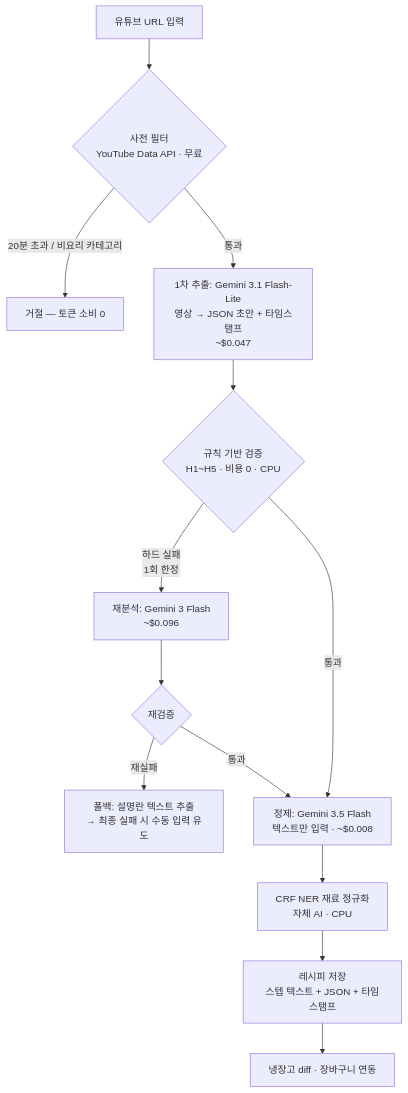
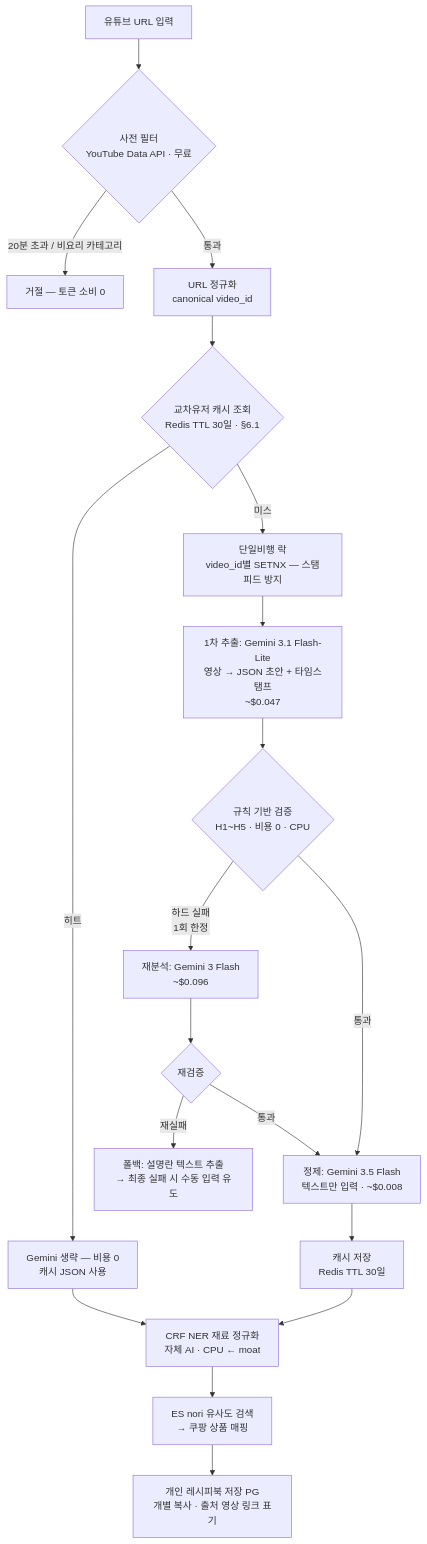
The diagram in docs/video-recipe-ai.md (Taylor5132/food-budget-app), drawn with Mermaid before and after one commit. The commit also changed other lines of this file, not shown here.

Commit message:
docs: video-recipe-ai 파이프라인 다이어그램 캐싱 C안 정합
- §2 다이어그램에 URL 정규화·캐시 조회·단일비행 락·캐시 저장 반영
- 종착점을 ES 쿠팡 매핑 → 레시피북(PG)으로 정정 (구 프로젝트 잔재 제거)
- 폴백 반전안을 §6 미결 표로 정식 등재, §6.1 유령 참조 해소

````diff
--- a/docs/video-recipe-ai.md
+++ b/docs/video-recipe-ai.md
@@ -30,15 +31,21 @@
 ```mermaid
 flowchart TD
     A[유튜브 URL 입력] --> B{사전 필터<br/>YouTube Data API · 무료}
     B -->|20분 초과 / 비요리 카테고리| B1[거절 — 토큰 소비 0]
-    B -->|통과| C[1차 추출: Gemini 3.1 Flash-Lite<br/>영상 → JSON 초안 + 타임스탬프<br/>~$0.047]
+    B -->|통과| N[URL 정규화<br/>canonical video_id]
+    N --> K{교차유저 캐시 조회<br/>Redis TTL 30일 · §6.1}
+    K -->|히트| K1[Gemini 생략 — 비용 0<br/>캐시 JSON 사용]
+    K -->|미스| L[단일비행 락<br/>video_id별 SETNX — 스탬피드 방지]
+    L --> C[1차 추출: Gemini 3.1 Flash-Lite<br/>영상 → JSON 초안 + 타임스탬프<br/>~$0.047]
     C --> D{규칙 기반 검증<br/>H1~H5 · 비용 0 · CPU}
     D -->|하드 실패<br/>1회 한정| E[재분석: Gemini 3 Flash<br/>~$0.096]
     E --> D2{재검증}
     D2 -->|재실패| F[폴백: 설명란 텍스트 추출<br/>→ 최종 실패 시 수동 입력 유도]
     D -->|통과| G[정제: Gemini 3.5 Flash<br/>텍스트만 입력 · ~$0.008]
     D2 -->|통과| G
-    G --> H[CRF NER 재료 정규화<br/>자체 AI · CPU]
-    H --> I[레시피 저장<br/>스텝 텍스트 + JSON + 타임스탬프]
-    I --> J[냉장고 diff · 장바구니 연동]
+    G --> M[캐시 저장<br/>Redis TTL 30일]
+    M --> H[CRF NER 재료 정규화<br/>자체 AI · CPU ← moat]
+    K1 --> H
+    H --> I[ES nori 유사도 검색<br/>→ 쿠팡 상품 매핑]
+    I --> J[개인 레시피북 저장 PG<br/>개별 복사 · 출처 영상 링크 표기]
 ```
````
